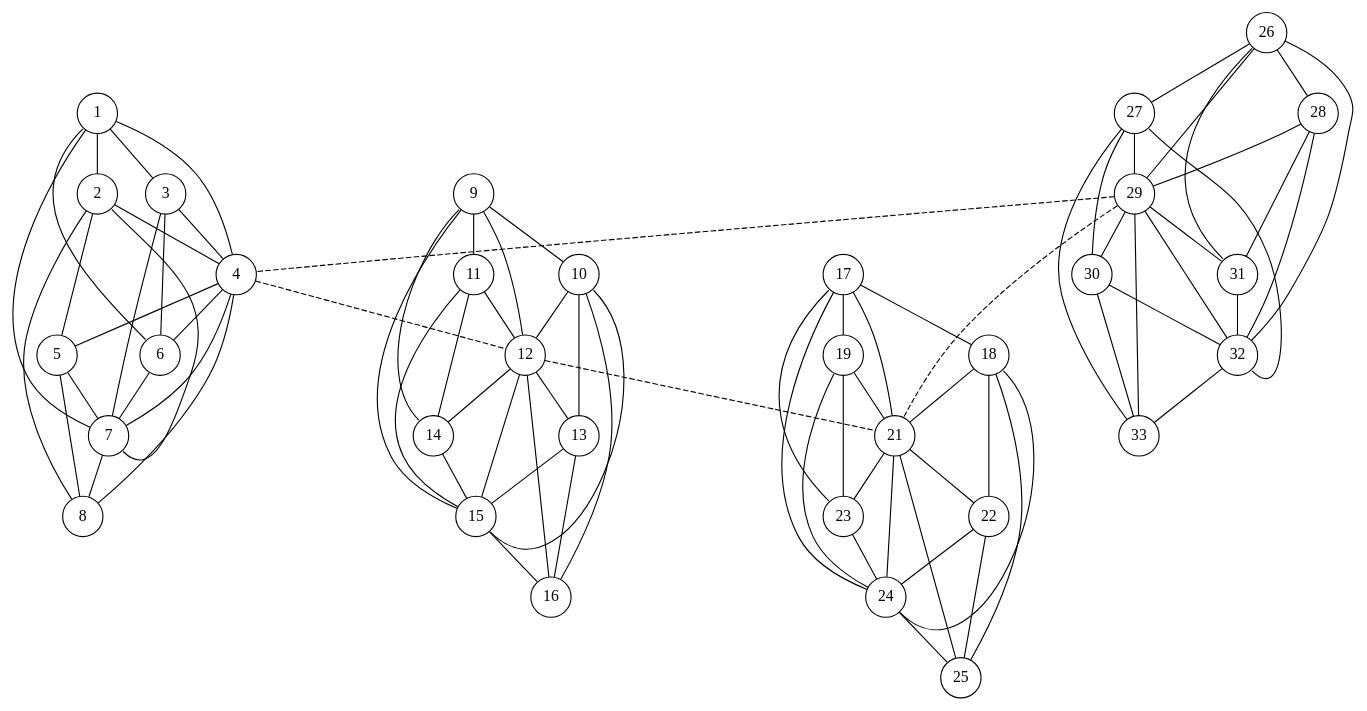
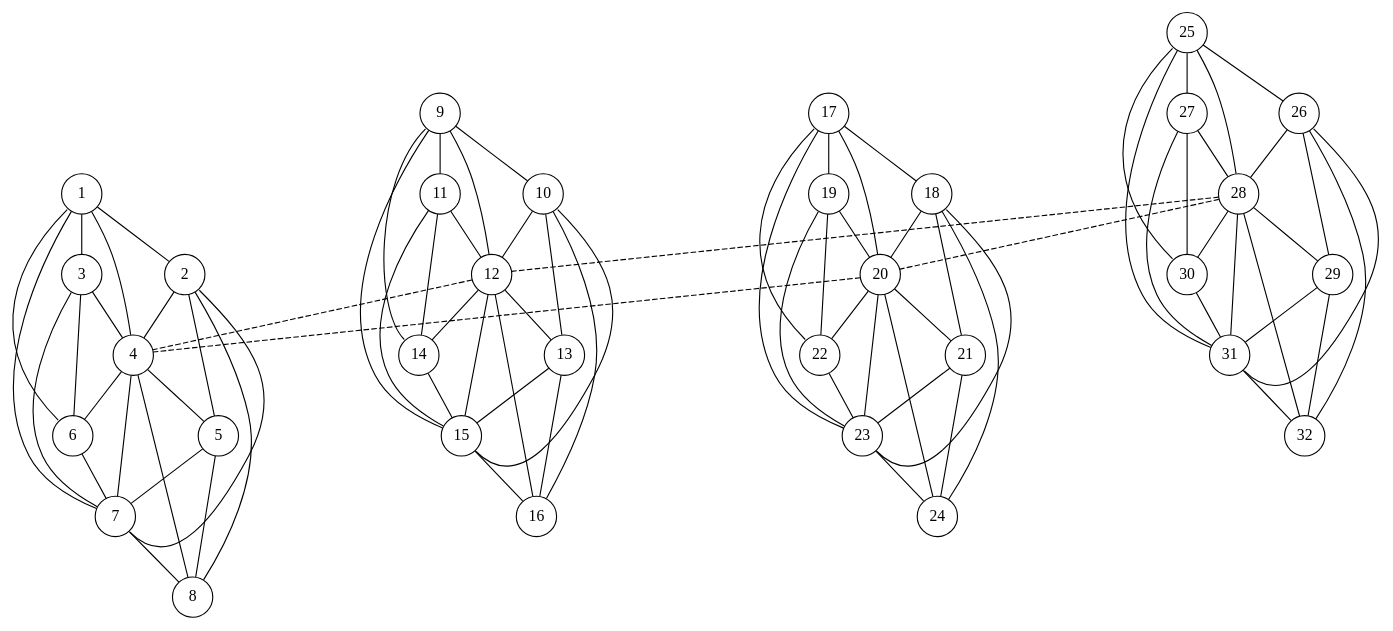
One commit to vladklokun/university-stuff changed the diagram in y03s02/computer-systems/coursework/02-report/assets/cluster-08-05-grid-s04.dot. Above: the diagram before and after it, drawn with Graphviz. The commit also changed 25 other files, not shown here.

Commit message:
Y03S02: Computer Systems: Coursework 01: update diagrams, fix figure and table placement. (Version 01).

```diff
--- a/y03s02/computer-systems/coursework/02-report/assets/cluster-08-05-grid-s04.dot
+++ b/y03s02/computer-systems/coursework/02-report/assets/cluster-08-05-grid-s04.dot
@@ -1,115 +1,115 @@
 /*
  * Build using:
  * neato -Tpdf -O cluster_08.dot
  *
  */
 graph {
 	graph [
 		overlap=true,
 		splines=true,
 		margin = "0,0",
 		fontname = "STIX Two Math",
 		esep = "0.5"
 	];
 
 	node [
 		shape=circle,
 		fixedsize=true, // don't allow nodes to change sizes dynamically
 		width=0.5, // relative to the underlying coordinate grid?
 		color="black", // node border color (X11 or HTML colors)
 		fillcolor="white", // node fill color (X11 or HTML colors)
 		fontname = "STIX Two Math",
 	];
 
 	edge [
 	];
 
-	c1n1 [pos="-02.00, 02.00!", label="1"];
-	c1n2 [pos="-01.00, 02.00!", label="2"];
-	c1n3 [pos="-02.50, 01.00!", label="3"];
-	c1n4 [pos="-01.50, 01.00!", label="4"];
-	c1n5 [pos="-00.50, 01.00!", label="5"];
-	c1n6 [pos="-03.00, 00.00!", label="6"];
-	c1n7 [pos="-02.00, 00.00!", label="7"];
-	c1n8 [pos="-01.00, 00.00!", label="8"];
+	c1n1 [pos="01.00, 02.00!", label="1"];
+	c1n2 [pos="02.00, 02.00!", label="2"];
+	c1n3 [pos="00.50, 01.00!", label="3"];
+	c1n4 [pos="01.50, 01.00!", label="4"];
+	c1n5 [pos="02.50, 01.00!", label="5"];
+	c1n6 [pos="00.00, 00.00!", label="6"];
+	c1n7 [pos="01.00, 00.00!", label="7"];
+	c1n8 [pos="02.00, 00.00!", label="8"];
 	subgraph 1 {
 		c1n1:sw -- c1n6:nw;
 		c1n1 -- {c1n3 c1n7 c1n4 c1n2};
 		c1n2 -- {c1n4 c1n8 c1n5};
 		c1n2:se -- c1n7:se;
 		c1n3 -- {c1n4 c1n7 c1n6};
 		c1n4 -- {c1n5 c1n8 c1n7 c1n6};
 		c1n5 -- {c1n7 c1n8};
 		c1n6 -- {c1n7};
 		c1n7 -- {c1n8 };
 		c1n8 -- {};
 	}
 
-	c2n1 [pos="-02.00, 05.00!", label="9"];
-	c2n2 [pos="-01.00, 05.00!", label="10"];
-	c2n3 [pos="-02.50, 04.00!", label="11"];
-	c2n4 [pos="-01.50, 04.00!", label="12"];
-	c2n5 [pos="-00.50, 04.00!", label="13"];
-	c2n6 [pos="-03.00, 03.00!", label="14"];
-	c2n7 [pos="-02.00, 03.00!", label="15"];
-	c2n8 [pos="-01.00, 03.00!", label="16"];
+	c2n1 [pos="04.00, 02.00!", label="9"];
+	c2n2 [pos="05.00, 02.00!", label="10"];
+	c2n3 [pos="03.50, 01.00!", label="11"];
+	c2n4 [pos="04.50, 01.00!", label="12"];
+	c2n5 [pos="05.50, 01.00!", label="13"];
+	c2n6 [pos="03.00, 00.00!", label="14"];
+	c2n7 [pos="04.00, 00.00!", label="15"];
+	c2n8 [pos="05.00, 00.00!", label="16"];
 	subgraph 2 {
 		c2n1:sw -- c2n6:nw;
 		c2n1 -- {c2n3 c2n7 c2n4 c2n2};
 		c2n2 -- {c2n4 c2n8 c2n5};
 		c2n2:se -- c2n7:se;
 		c2n3 -- {c2n4 c2n7 c2n6};
 		c2n4 -- {c2n5 c2n8 c2n7 c2n6};
 		c2n5 -- {c2n7 c2n8};
 		c2n6 -- {c2n7};
 		c2n7 -- {c2n8 };
 		c2n8 -- {};
 	}
 
-	c3n1 [pos="01.00, 05.00!", label="17"];
-	c3n2 [pos="02.00, 05.00!", label="18"];
-	c3n3 [pos="00.50, 04.00!", label="19"];
-	c3n4 [pos="01.50, 04.00!", label="21"];
-	c3n5 [pos="02.50, 04.00!", label="22"];
-	c3n6 [pos="00.00, 03.00!", label="23"];
-	c3n7 [pos="01.00, 03.00!", label="24"];
-	c3n8 [pos="02.00, 03.00!", label="25"];
+	c3n1 [pos="01.00, -01.00!", label="17"];
+	c3n2 [pos="02.00, -01.00!", label="18"];
+	c3n3 [pos="00.50, -02.00!", label="19"];
+	c3n4 [pos="01.50, -02.00!", label="20"];
+	c3n5 [pos="02.50, -02.00!", label="21"];
+	c3n6 [pos="00.00, -03.00!", label="22"];
+	c3n7 [pos="01.00, -03.00!", label="23"];
+	c3n8 [pos="02.00, -03.00!", label="24"];
 	subgraph 3 {
 		c3n1:sw -- c3n6:nw;
 		c3n1 -- {c3n3 c3n7 c3n4 c3n2};
 		c3n2 -- {c3n4 c3n8 c3n5};
 		c3n2:se -- c3n7:se;
 		c3n3 -- {c3n4 c3n7 c3n6};
 		c3n4 -- {c3n5 c3n8 c3n7 c3n6};
 		c3n5 -- {c3n7 c3n8};
 		c3n6 -- {c3n7};
 		c3n7 -- {c3n8 };
 		c3n8 -- {};
 	}
 
-	c4n1 [pos="01.00, 02.00!", label="26"];
-	c4n2 [pos="02.00, 02.00!", label="27"];
-	c4n3 [pos="00.50, 01.00!", label="28"];
-	c4n4 [pos="01.50, 01.00!", label="29"];
-	c4n5 [pos="02.50, 01.00!", label="30"];
-	c4n6 [pos="00.00, 00.00!", label="31"];
-	c4n7 [pos="01.00, 00.00!", label="32"];
-	c4n8 [pos="02.00, 00.00!", label="33"];
+	c4n1 [pos="04.00, -01.00!", label="25"];
+	c4n2 [pos="05.00, -01.00!", label="26"];
+	c4n3 [pos="03.50, -02.00!", label="27"];
+	c4n4 [pos="04.50, -02.00!", label="28"];
+	c4n5 [pos="05.50, -02.00!", label="29"];
+	c4n6 [pos="03.00, -03.00!", label="30"];
+	c4n7 [pos="04.00, -03.00!", label="31"];
+	c4n8 [pos="05.00, -03.00!", label="32"];
 	subgraph 4 {
 		c4n1:sw -- c4n6:nw;
 		c4n1 -- {c4n3 c4n7 c4n4 c4n2};
 		c4n2 -- {c4n4 c4n8 c4n5};
 		c4n2:se -- c4n7:se;
 		c4n3 -- {c4n4 c4n7 c4n6};
 		c4n4 -- {c4n5 c4n8 c4n7 c4n6};
 		c4n5 -- {c4n7 c4n8};
 		c4n6 -- {c4n7};
 		c4n7 -- {c4n8 };
 		c4n8 -- {};
 	}
 
-	c1n4 -- c2n4 [style = dashed];
-	c2n4 -- c3n4 [style = dashed];
-	c4n4 -- c1n4 [style = dashed];
+	c2n4 -- c1n4 [style = dashed];
+	c3n4 -- c1n4 [style = dashed];
 	c4n4 -- c3n4 [style = dashed];
+	c4n4 -- c2n4 [style = dashed];
 }
```
